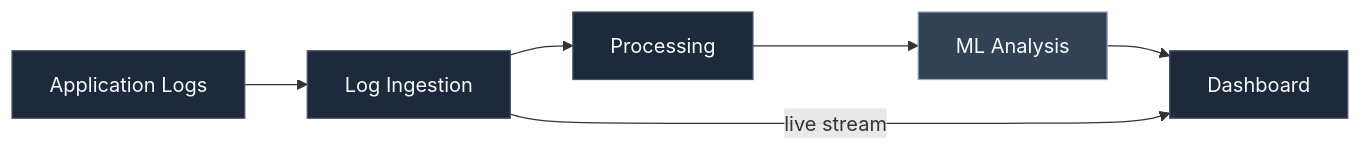
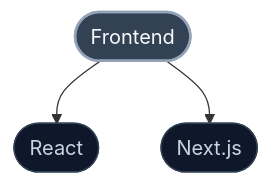
Before and after one commit to Rockyyy2312/Rockyyy2312: the fifth of 10 diagrams in README.md, drawn with Mermaid. The commit also changed other lines of this file, not shown here.

````diff
--- a/README.md
+++ b/README.md
@@ -130,13 +123,12 @@
 ```mermaid
-flowchart LR
-    A["Application Logs"] --> B["Log Ingestion"]
-    B --> C["Processing"]
-    C --> D["ML Analysis"]
-    D --> E["Dashboard"]
-    B -->|"live stream"| E
-    style A fill:#1e293b,stroke:#475569,color:#f8fafc
-    style B fill:#1e293b,stroke:#475569,color:#f8fafc
-    style C fill:#1e293b,stroke:#475569,color:#f8fafc
-    style D fill:#334155,stroke:#94a3b8,color:#f8fafc
-    style E fill:#1e293b,stroke:#475569,color:#f8fafc
+graph TD
+    R(["Frontend"])
+    R --> N0(["React"])
+    R --> N1(["Next.js"])
+    class R root
+    class N0,N1 leaf
+    classDef root fill:#334155,stroke:#94a3b8,color:#f8fafc,stroke-width:2px
+    classDef l1 fill:#1e293b,stroke:#64748b,color:#f8fafc
+    classDef l2 fill:#0f172a,stroke:#475569,color:#e2e8f0
+    classDef leaf fill:#0f172a,stroke:#334155,color:#cbd5e1
 ```
````
